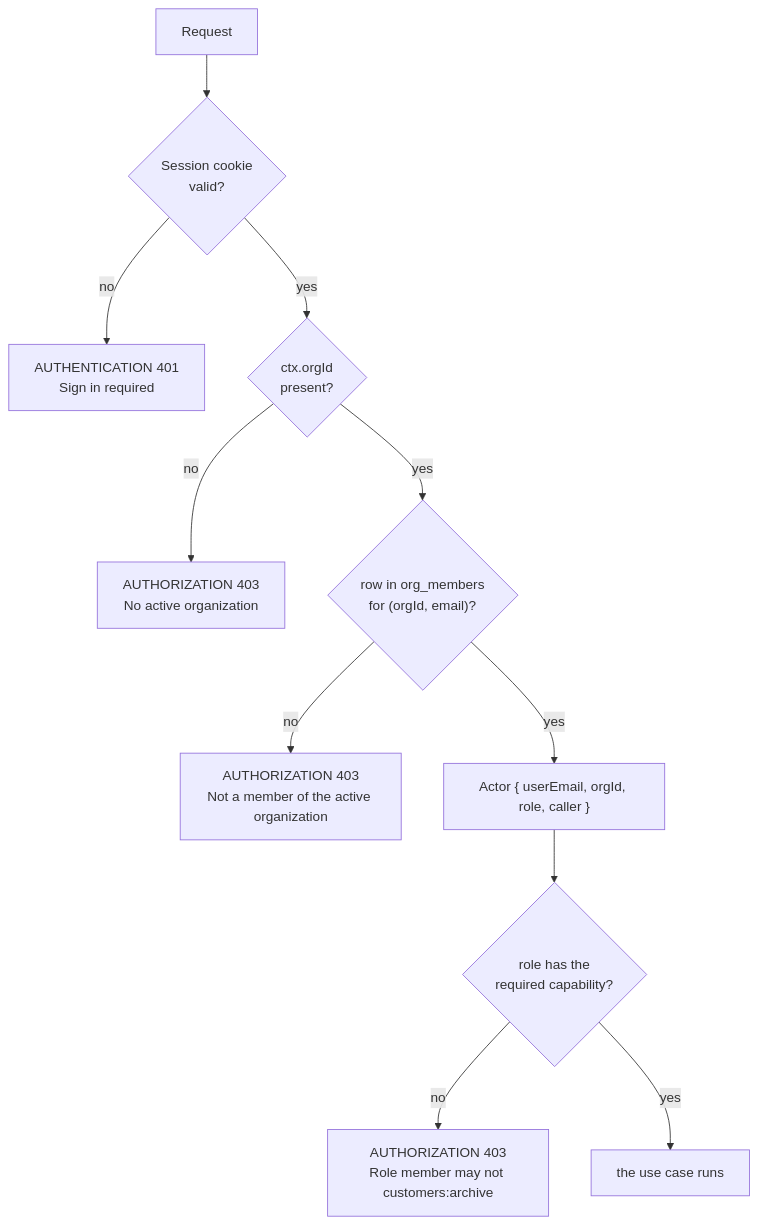
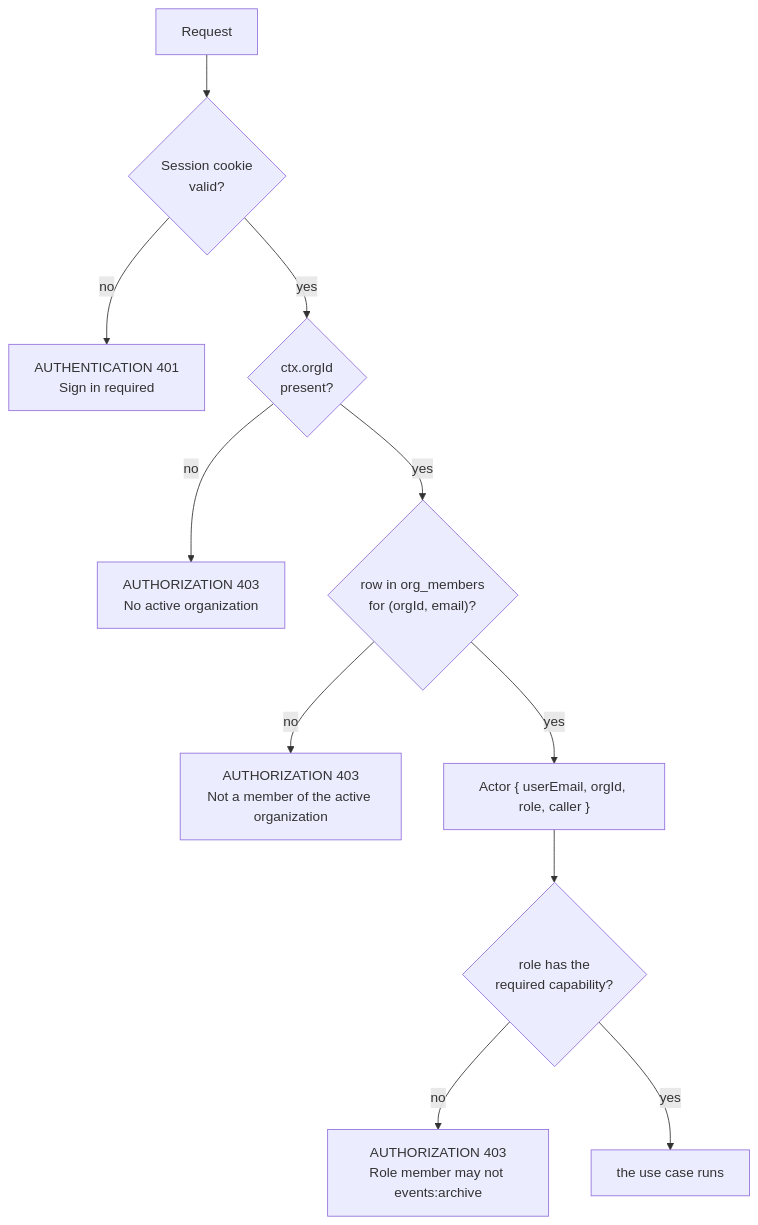
One commit to anbergem/seating-arrangement changed the fifth of 14 diagrams in ARCHITECTURE.md. Above: the diagram before and after it, drawn with Mermaid. The commit also changed other lines of this file and 203 other files, not shown here.

````diff
--- a/ARCHITECTURE.md
+++ b/ARCHITECTURE.md
@@ -232,13 +258,13 @@
 ```mermaid
 flowchart TB
   REQ["Request"] --> SESS{"Session cookie<br/>valid?"}
   SESS -->|no| E401["AUTHENTICATION 401<br/>Sign in required"]
   SESS -->|yes| ORG{"ctx.orgId<br/>present?"}
   ORG -->|no| E403A["AUTHORIZATION 403<br/>No active organization"]
   ORG -->|yes| MEM{"row in org_members<br/>for (orgId, email)?"}
   MEM -->|no| E403B["AUTHORIZATION 403<br/>Not a member of the active organization"]
   MEM -->|yes| ACTOR["Actor { userEmail, orgId, role, caller }"]
   ACTOR --> CAP{"role has the<br/>required capability?"}
-  CAP -->|no| E403C["AUTHORIZATION 403<br/>Role member may not customers:archive"]
+  CAP -->|no| E403C["AUTHORIZATION 403<br/>Role member may not events:archive"]
   CAP -->|yes| RUN["the use case runs"]
 ```
````
